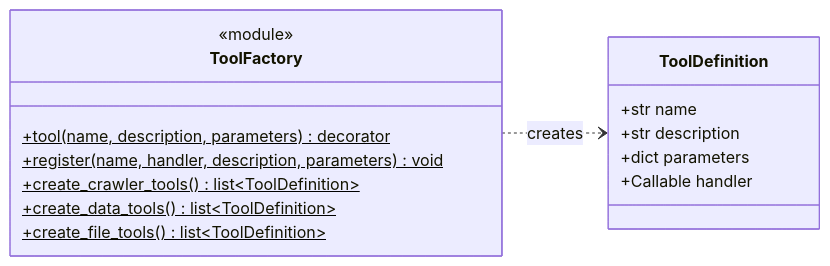
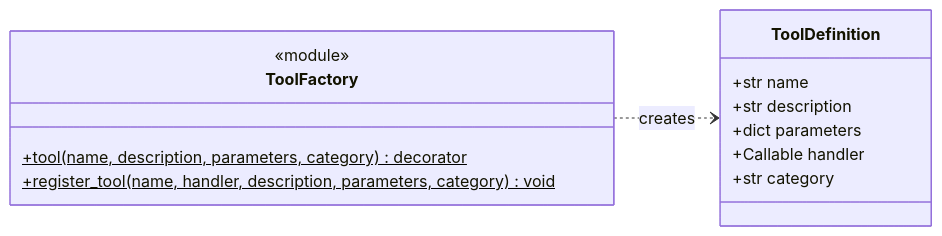
Before and after one commit to ViperEkura/nanoClaw: the second of 2 diagrams in docs/ToolSystemDesign.md, drawn with Mermaid. The commit also changed other lines of this file and 4 other files, not shown here.

````diff
--- a/docs/ToolSystemDesign.md
+++ b/docs/ToolSystemDesign.md
@@ -58,22 +67,20 @@
 ```mermaid
 classDiagram
     direction LR
 
     class ToolFactory {
         <<module>>
-        +tool(name, description, parameters)$ decorator
-        +register(name, handler, description, parameters)$ void
-        +create_crawler_tools()$ list~ToolDefinition~
-        +create_data_tools()$ list~ToolDefinition~
-        +create_file_tools()$ list~ToolDefinition~
+        +tool(name, description, parameters, category)$ decorator
+        +register_tool(name, handler, description, parameters, category)$ void
     }
 
     class ToolDefinition {
         +str name
         +str description
         +dict parameters
         +Callable handler
+        +str category
     }
 
     ToolFactory ..> ToolDefinition : creates
 ```
````
